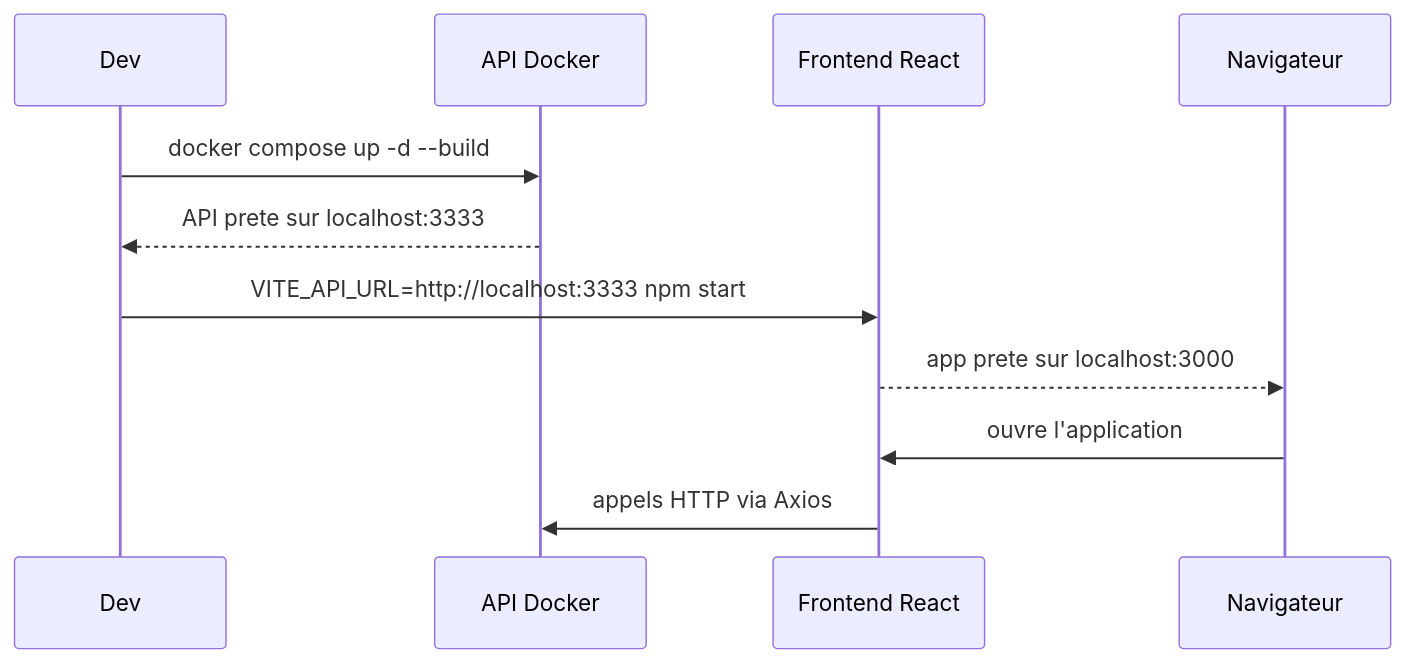
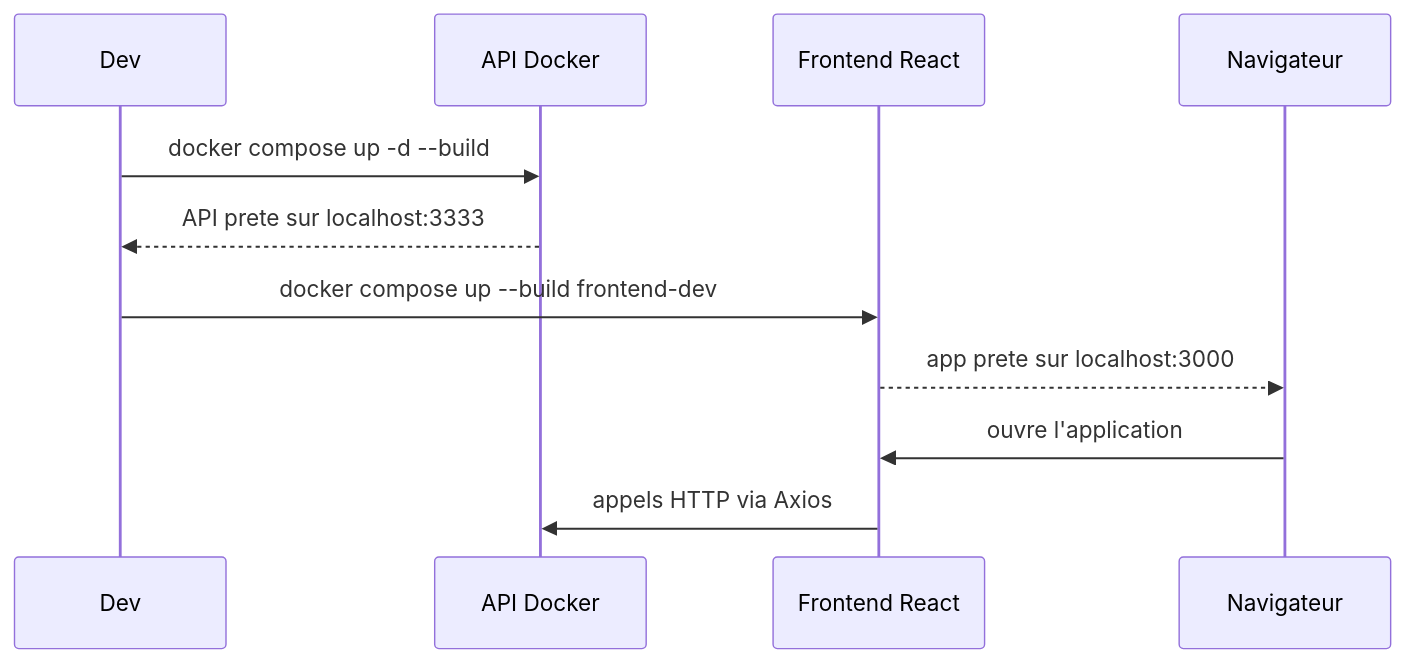
Before and after one commit to Chaye-parcel-traveler/chaye_web_frontend: the second of 10 diagrams in README.md, drawn with Mermaid. The commit also changed other lines of this file and 12 other files, not shown here.

Commit message:
chore: modernize frontend Node and Docker stack

````diff
--- a/README.md
+++ b/README.md
@@ -59,14 +59,14 @@
 ```mermaid
 sequenceDiagram
     participant Dev as Dev
     participant API as API Docker
     participant FE as Frontend React
     participant Browser as Navigateur
 
     Dev->>API: docker compose up -d --build
     API-->>Dev: API prete sur localhost:3333
-    Dev->>FE: VITE_API_URL=http://localhost:3333 npm start
+    Dev->>FE: docker compose up --build frontend-dev
     FE-->>Browser: app prete sur localhost:3000
     Browser->>FE: ouvre l'application
     FE->>API: appels HTTP via Axios
 ```
````
